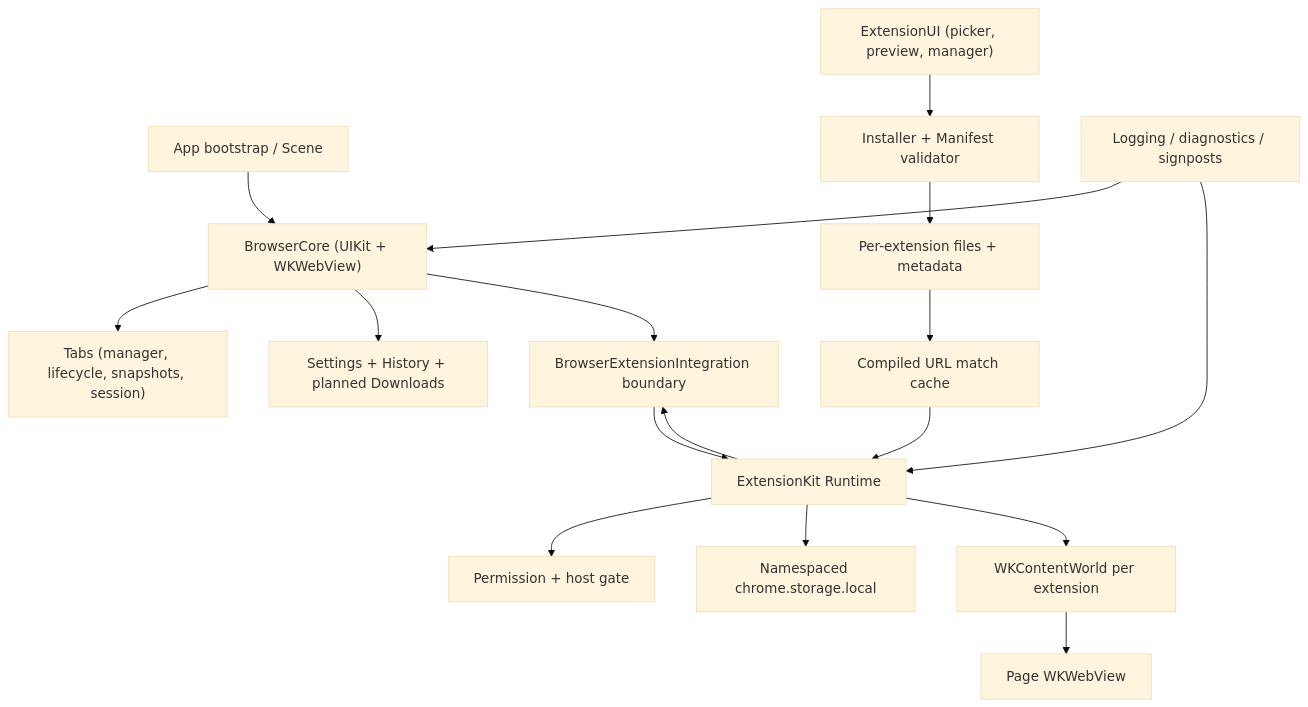
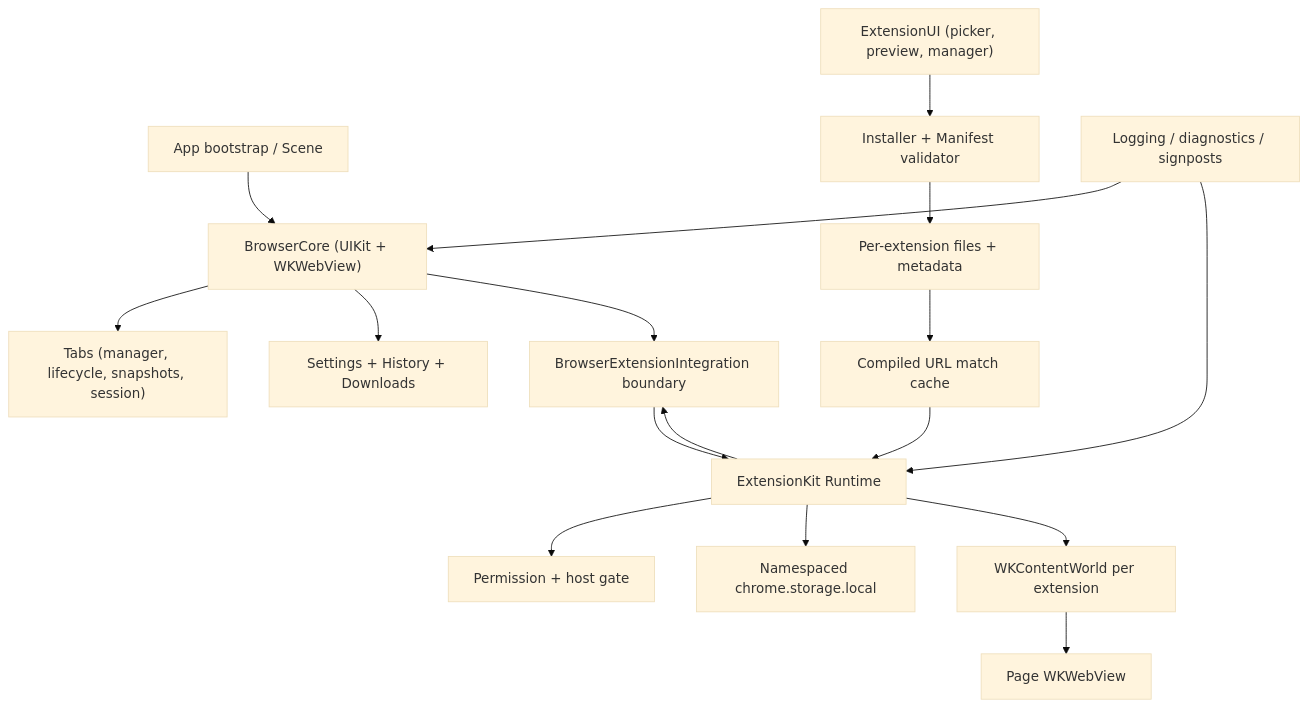
The first of 2 diagrams in docs/ARCHITECTURE.md (phucthinhvn122/KiwiX), drawn with Mermaid (base theme) before and after one commit. The commit also changed other lines of this file and 23 other files, not shown here.

````diff
--- a/docs/ARCHITECTURE.md
+++ b/docs/ARCHITECTURE.md
@@ -20,19 +20,19 @@
 ```mermaid
 flowchart TD
     App["App bootstrap / Scene"] --> Browser["BrowserCore (UIKit + WKWebView)"]
     Browser --> Tabs["Tabs (manager, lifecycle, snapshots, session)"]
-    Browser --> Features["Settings + History + planned Downloads"]
+    Browser --> Features["Settings + History + Downloads"]
     Browser --> Boundary["BrowserExtensionIntegration boundary"]
     Boundary --> Runtime["ExtensionKit Runtime"]
     UI["ExtensionUI (picker, preview, manager)"] --> Installer["Installer + Manifest validator"]
     Installer --> Store["Per-extension files + metadata"]
     Store --> Index["Compiled URL match cache"]
     Index --> Runtime
     Runtime --> Permissions["Permission + host gate"]
     Runtime --> Storage["Namespaced chrome.storage.local"]
     Runtime --> ContentWorld["WKContentWorld per extension"]
     ContentWorld --> WebView["Page WKWebView"]
     Runtime --> Boundary
     Shared["Logging / diagnostics / signposts"] --> Browser
     Shared --> Runtime
 ```
````
